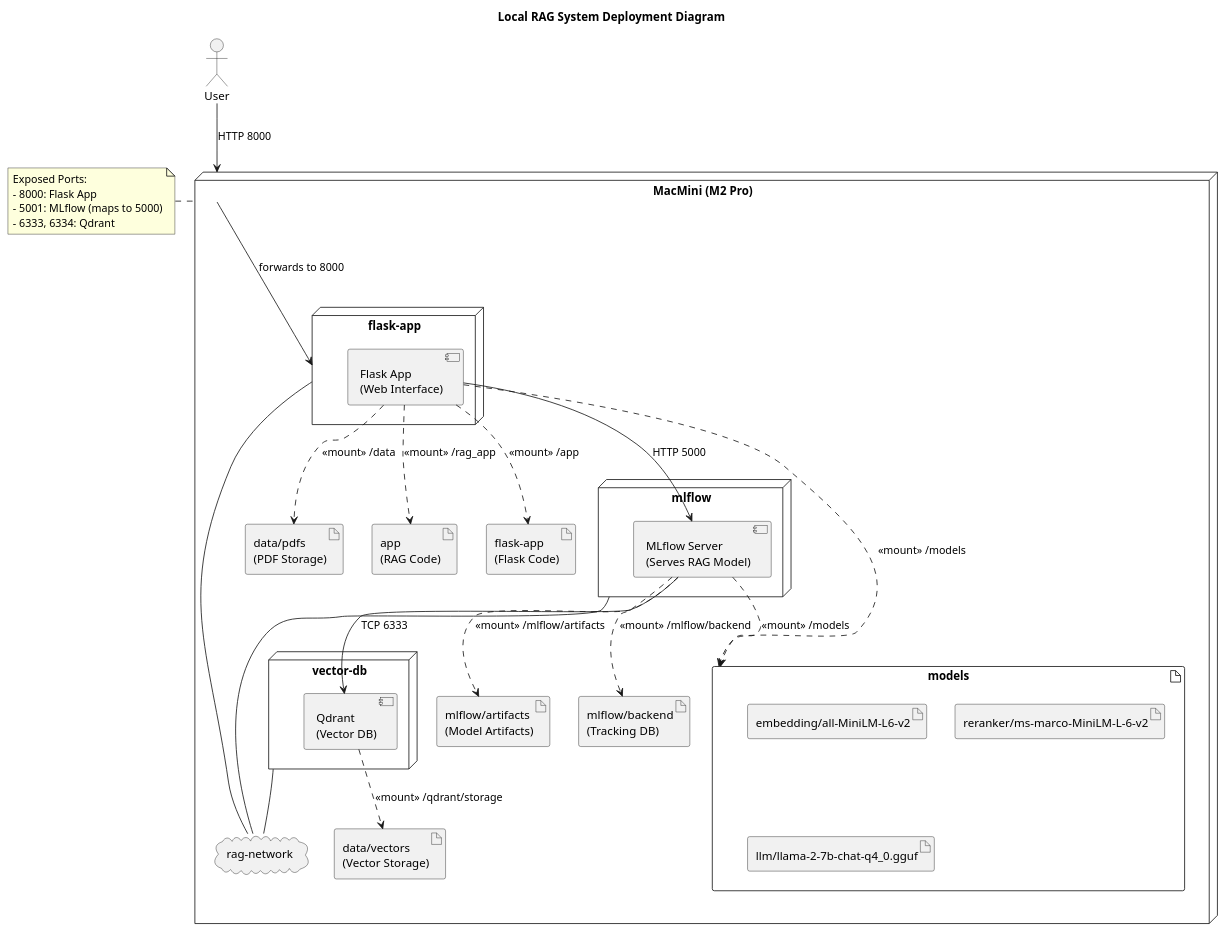
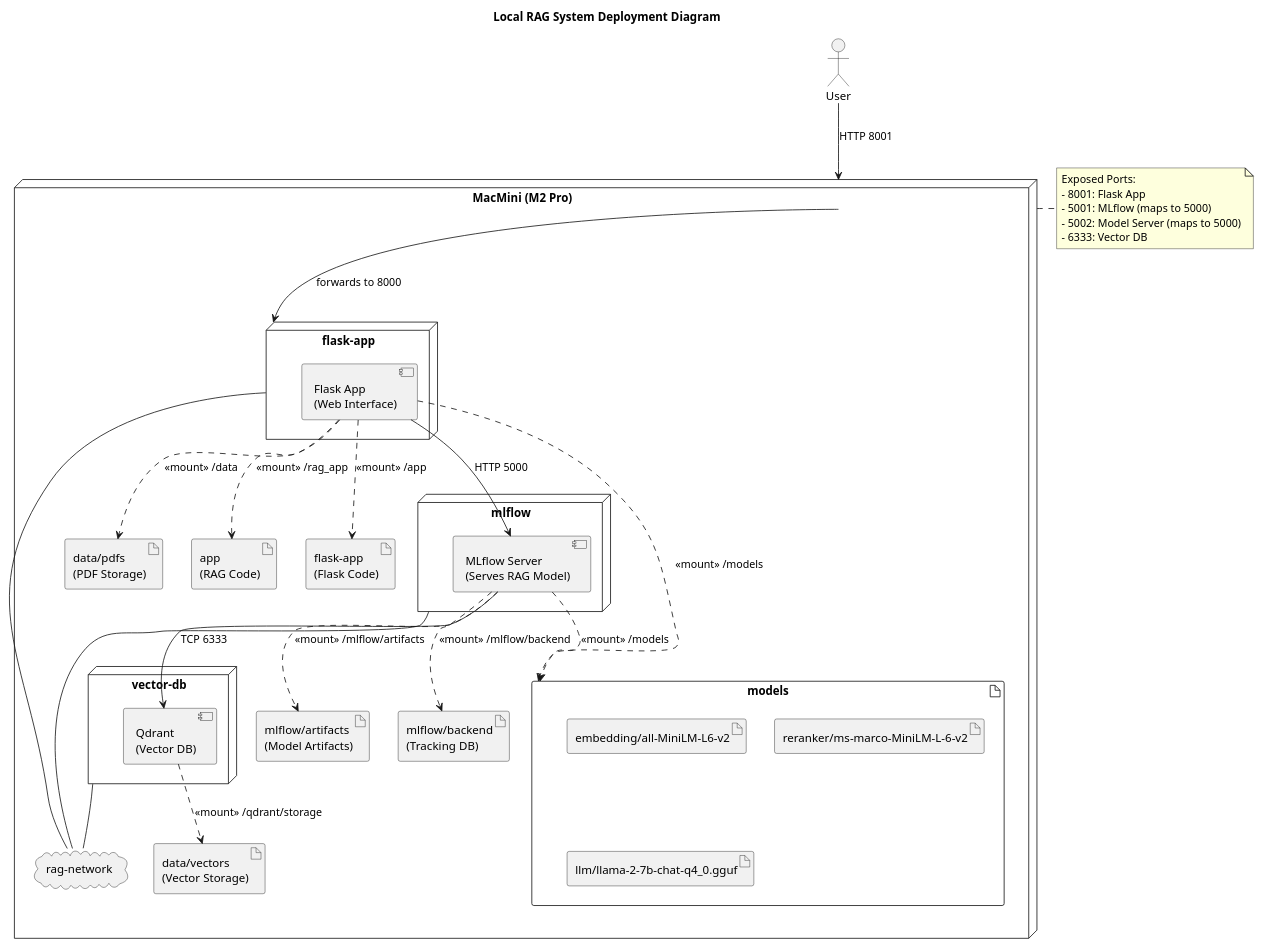
One commit to TechR10n/pdfrag changed the diagram in docs/puml/deployment.puml. Above: the diagram before and after it, drawn with PlantUML. The commit also changed 16 other files, not shown here.

```diff
--- a/docs/puml/deployment.puml
+++ b/docs/puml/deployment.puml
@@ -1,69 +1,70 @@
 @startuml
 title Local RAG System Deployment Diagram
 
 ' Define the user
 actor User
 
 ' Define the main physical node: MacMini
 node "MacMini (M2 Pro)" as macmini {
 
   ' Host filesystem artifacts with details
   artifact "data/pdfs\n(PDF Storage)" as host_pdfs
   artifact "data/vectors\n(Vector Storage)" as host_vectors
   artifact "mlflow/artifacts\n(Model Artifacts)" as host_mlflow_artifacts
   artifact "mlflow/backend\n(Tracking DB)" as host_mlflow_backend
   artifact "models" as host_models {
     artifact "embedding/all-MiniLM-L6-v2" as embedding_model
     artifact "reranker/ms-marco-MiniLM-L-6-v2" as reranker_model
     artifact "llm/llama-2-7b-chat-q4_0.gguf" as llama_model
   }
   artifact "app\n(RAG Code)" as host_app
   artifact "flask-app\n(Flask Code)" as host_flask_app
 
   ' Define the Docker network
   cloud "rag-network" as network
 
   ' Docker containers with components
   node "vector-db" as vector_db {
     component "Qdrant\n(Vector DB)" as qdrant
   }
 
   node "mlflow" as mlflow_node {
     component "MLflow Server\n(Serves RAG Model)" as mlflow_server
   }
 
   node "flask-app" as flask_app_node {
     component "Flask App\n(Web Interface)" as flask_app
   }
 }
 
 ' Connections
-User --> macmini : "HTTP 8000"
+User --> macmini : "HTTP 8001"
 macmini --> flask_app_node : "forwards to 8000"
 flask_app --> mlflow_server : "HTTP 5000"
 mlflow_server --> qdrant : "TCP 6333"
 
 ' Connect containers to the network
 vector_db -- network
 mlflow_node -- network
 flask_app_node -- network
 
 ' Volume mounts
 qdrant ..> host_vectors : "«mount» /qdrant/storage"
 mlflow_server ..> host_mlflow_artifacts : "«mount» /mlflow/artifacts"
 mlflow_server ..> host_mlflow_backend : "«mount» /mlflow/backend"
 mlflow_server ..> host_models : "«mount» /models"
 flask_app ..> host_flask_app : "«mount» /app"
 flask_app ..> host_pdfs : "«mount» /data"
 flask_app ..> host_app : "«mount» /rag_app"
 flask_app ..> host_models : "«mount» /models"
 
 ' Note about ports
-note left of macmini
+note right of macmini
   Exposed Ports:
-  - 8000: Flask App
+  - 8001: Flask App
   - 5001: MLflow (maps to 5000)
-  - 6333, 6334: Qdrant
+  - 5002: Model Server (maps to 5000)
+  - 6333: Vector DB
 end note
 
 @enduml
```
